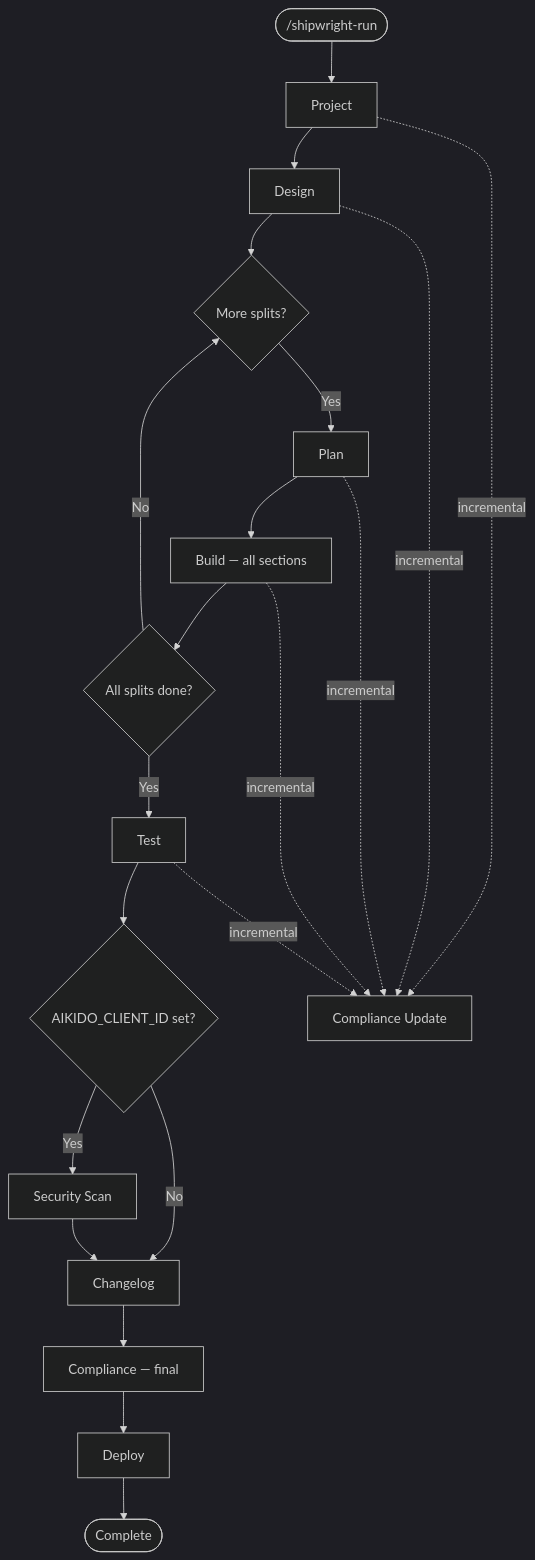
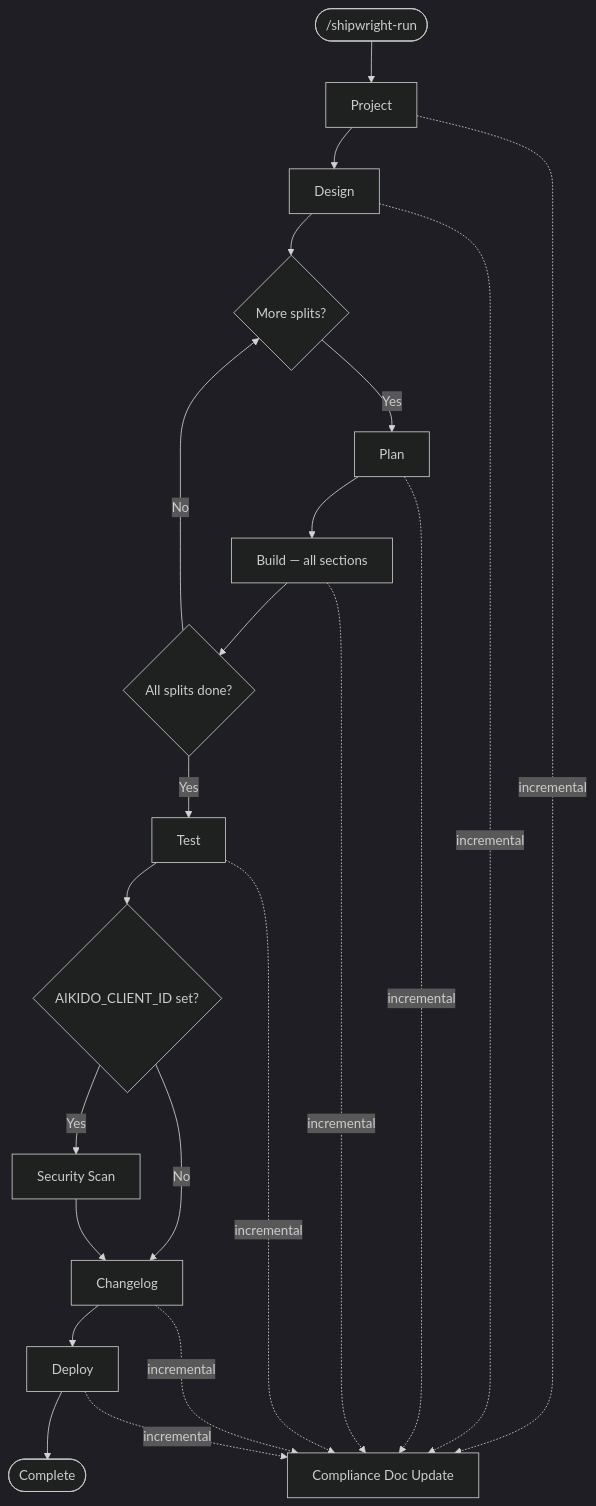
Before and after one commit to svenroth-ai/shipwright: the diagram in docs/hooks-and-pipeline.md, drawn with Mermaid (dark theme). The commit also changed other lines of this file and 1 other file, not shown here.

First line of the commit message:
docs(compliance): finish plan v7 doc sweep (mermaid, phase-gate, Appendix B)

````diff
--- a/docs/hooks-and-pipeline.md
+++ b/docs/hooks-and-pipeline.md
@@ -11,28 +11,32 @@
 ```mermaid
 flowchart TD
     START([/shipwright-run]) --> PROJECT[Project]
     PROJECT --> DESIGN[Design]
     DESIGN --> PLAN_LOOP{More splits?}
 
     PLAN_LOOP -->|Yes| PLAN[Plan]
     PLAN --> BUILD[Build — all sections]
     BUILD --> SPLIT_CHECK{All splits done?}
     SPLIT_CHECK -->|No| PLAN_LOOP
     SPLIT_CHECK -->|Yes| TEST[Test]
 
     TEST --> SECURITY{AIKIDO_CLIENT_ID set?}
     SECURITY -->|Yes| SEC_SCAN[Security Scan]
     SECURITY -->|No| CHANGELOG
     SEC_SCAN --> CHANGELOG[Changelog]
 
-    CHANGELOG --> COMPLIANCE[Compliance — final]
-    COMPLIANCE --> DEPLOY[Deploy]
+    CHANGELOG --> DEPLOY[Deploy]
     DEPLOY --> DONE([Complete])
 
-    %% Side-effects (dashed)
-    PROJECT -.->|incremental| COMP_INC[Compliance Update]
+    %% Side-effects (dashed) — auto-background compliance doc update
+    %% (plan v7 Option Z: compliance is no longer a pipeline phase; it
+    %% fires as a non-blocking side effect after every completed phase.
+    %% Detective audit runs on demand via /shipwright-compliance).
+    PROJECT -.->|incremental| COMP_INC[Compliance Doc Update]
     DESIGN -.->|incremental| COMP_INC
     PLAN -.->|incremental| COMP_INC
     BUILD -.->|incremental| COMP_INC
     TEST -.->|incremental| COMP_INC
+    CHANGELOG -.->|incremental| COMP_INC
+    DEPLOY -.->|incremental| COMP_INC
 ```
````
